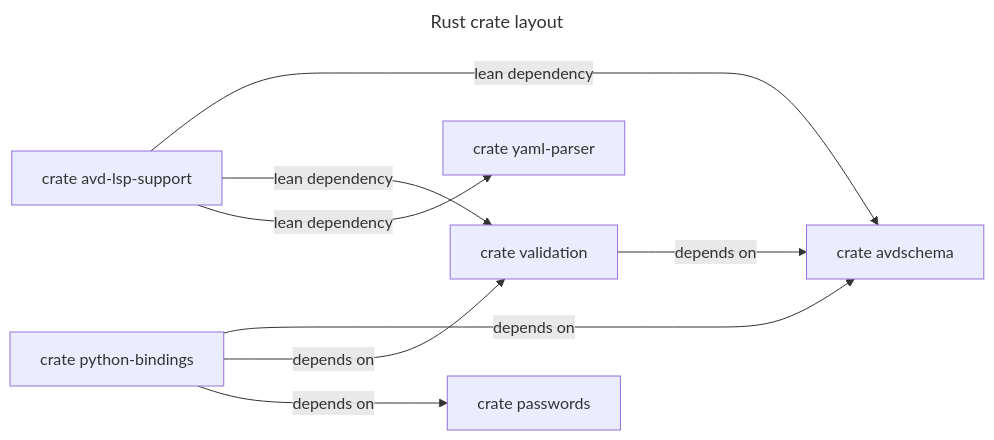
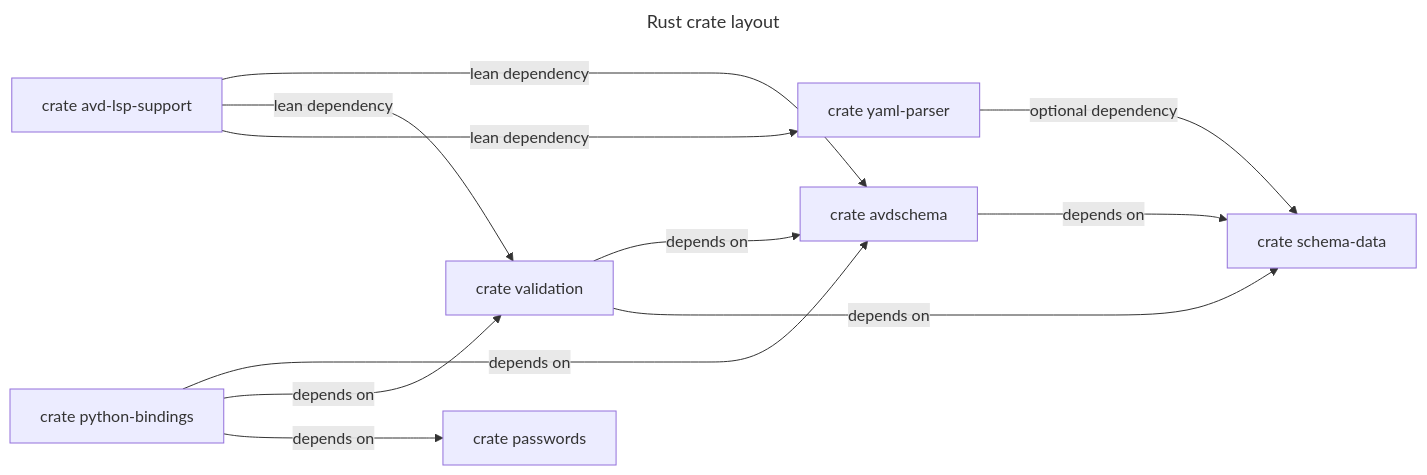
Before and after one commit to ClausHolbechArista/pyavd-utils: the diagram in rust/README.md, drawn with Mermaid. The commit also changed other lines of this file and 5 other files, not shown here.

Commit message:
Refactor: Name YAML data-view integration schema-data

````diff
--- a/rust/README.md
+++ b/rust/README.md
@@ -7,19 +7,23 @@
 ```mermaid
 ---
 title: Rust crate layout
 ---
 graph LR
 validation["crate validation"]
 avdschema["crate avdschema"]
 validation --->|depends on| avdschema
 avd_lsp_support["crate avd-lsp-support"]
 avd_lsp_support --->|lean dependency| avdschema
 avd_lsp_support --->|lean dependency| validation
 avd_lsp_support --->|lean dependency| yaml_parser
 yaml_parser["crate yaml-parser"]
+schema_data["crate schema-data"]
+avdschema --->|depends on| schema_data
+validation --->|depends on| schema_data
+yaml_parser --->|optional dependency| schema_data
 passwords["crate passwords"]
 python_bindings["crate python-bindings"]
 python_bindings --->|depends on| avdschema
 python_bindings --->|depends on| validation
 python_bindings --->|depends on| passwords
 ```
````
